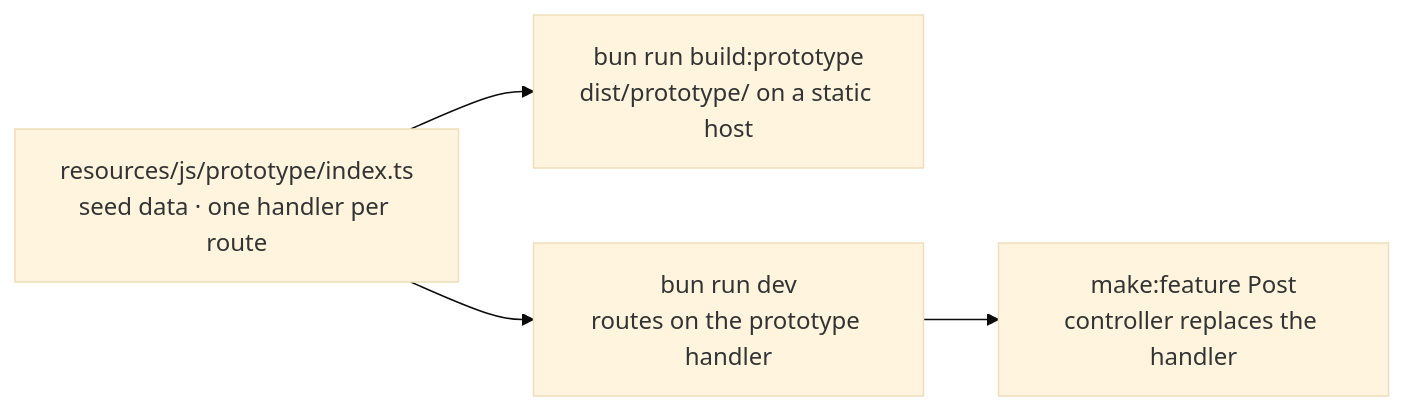
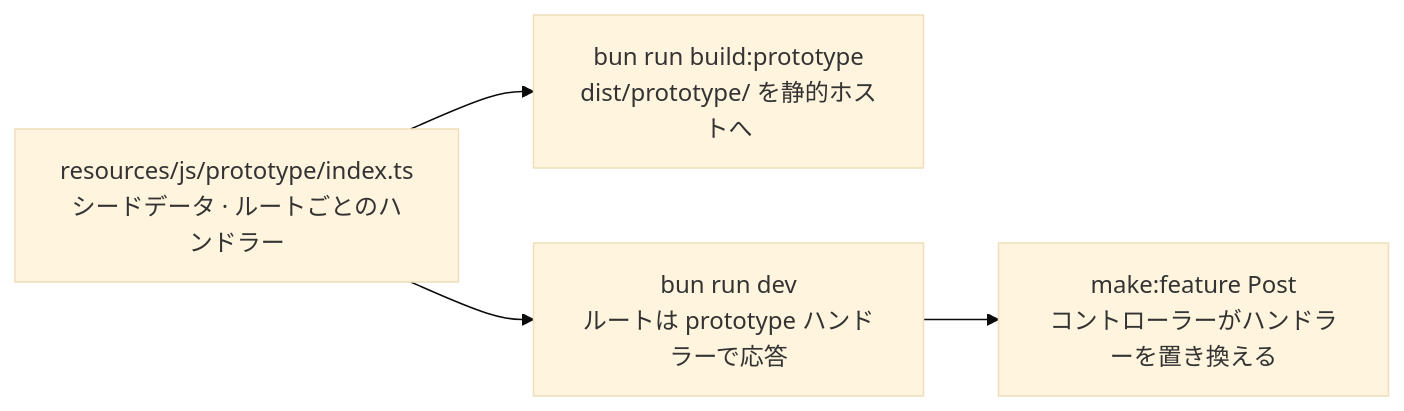
Before and after one commit to gurenjs/guren: the diagram in docs/ja/guides/prototype-first.md, drawn with Mermaid (base theme). The commit also changed other lines of this file and 60 other files, not shown here.

````diff
--- a/docs/ja/guides/prototype-first.md
+++ b/docs/ja/guides/prototype-first.md
@@ -7,10 +7,10 @@
 ```mermaid
 flowchart LR
-  Fixture["resources/js/prototype/index.ts<br/>seed data · one handler per route"]
-  Static["bun run build:prototype<br/>dist/prototype/ on a static host"]
-  Server["bun run dev<br/>routes on the prototype handler"]
-  Promote["make:feature Post<br/>controller replaces the handler"]
+  Fixture["resources/js/prototype/index.ts<br/>シードデータ · ルートごとのハンドラー"]
+  Static["bun run build:prototype<br/>dist/prototype/ を静的ホストへ"]
+  Server["bun run dev<br/>ルートは prototype ハンドラーで応答"]
+  Promote["make:feature Post<br/>コントローラーがハンドラーを置き換える"]
   Fixture --> Static
   Fixture --> Server
   Server --> Promote
 ```
````
